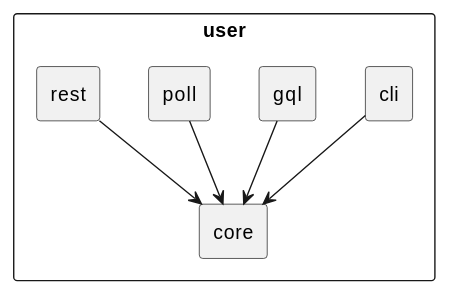
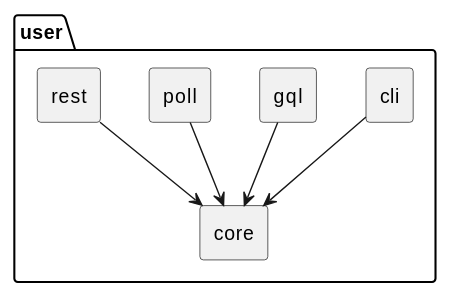
One commit to maxh/maxheinritz.com changed the diagram in _posts/2022-08-13-atomic-backend-modules.md. Above: the diagram before and after it, drawn with PlantUML. The commit also changed 5 other files, not shown here.

Commit message:
better diagrams

````diff
--- a/_posts/2022-08-13-atomic-backend-modules.md
+++ b/_posts/2022-08-13-atomic-backend-modules.md
@@ -103,22 +103,22 @@
 ```plantuml
 @startuml
 skinparam map {
   BackgroundColor white
 }
 
 skinparam componentStyle rectangle
 
-component user {
+package user {
   component cli
   component gql
   component poll
   component core
   component rest
 }
 
 gql --> core
 cli --> core
 poll --> core
 rest --> core
 @enduml
 ```
````
